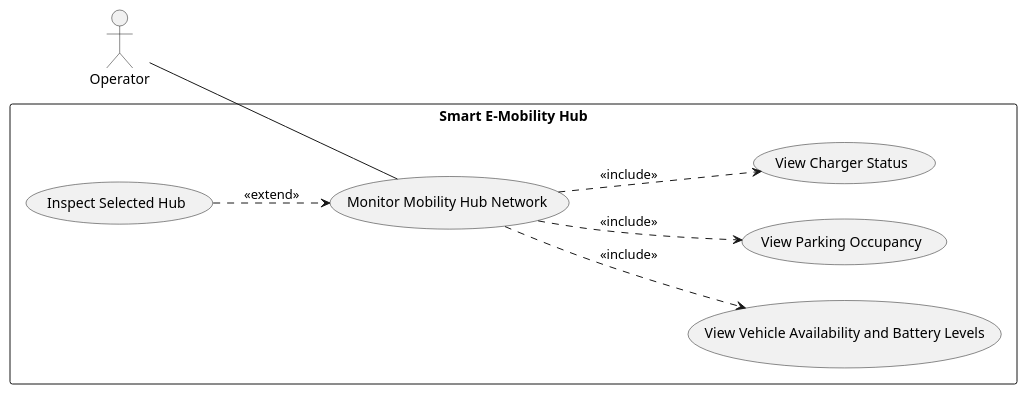
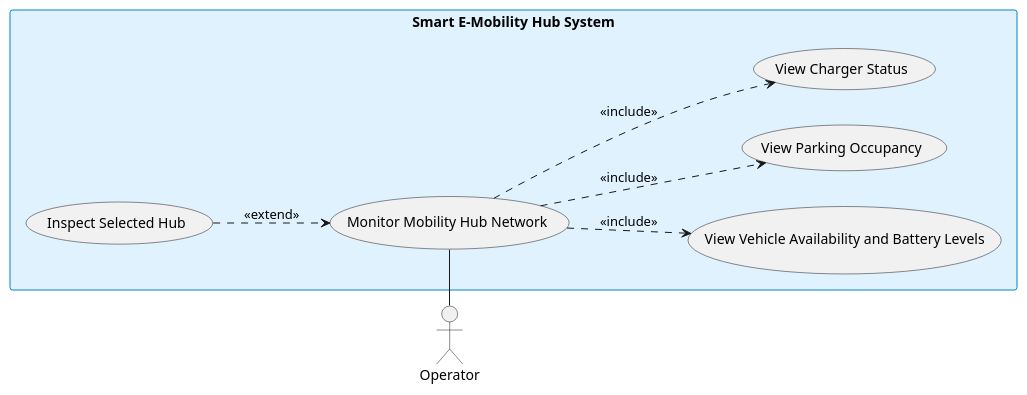
One commit to YdtTran/software-engineerning changed diagram 17 of 30 in 01_Diagram/01_Usecase_Diagram/PLANTUML_ALL.md. Above: the diagram before and after it, drawn with PlantUML. The commit also changed other lines of this file and 217 other files, not shown here.

````diff
--- a/01_Diagram/01_Usecase_Diagram/PLANTUML_ALL.md
+++ b/01_Diagram/01_Usecase_Diagram/PLANTUML_ALL.md
@@ -315,24 +359,21 @@
 ```plantuml
 @startuml
 left to right direction
-skinparam packageStyle rectangle
 skinparam shadowing false
-
-actor "Operator" as Operator
-
-rectangle "Smart E-Mobility Hub" {
-    usecase "Inspect Selected Hub" as UC_Inspect
-    usecase "Monitor Mobility Hub Network" as UC_Monitor
-    usecase "View Vehicle Availability and Battery Levels" as UC_Vehicle
-    usecase "View Parking Occupancy" as UC_Parking
-    usecase "View Charger Status" as UC_Charger
-
-    UC_Inspect ..> UC_Monitor : <<extend>>
-    UC_Monitor ..> UC_Vehicle : <<include>>
-    UC_Monitor ..> UC_Parking : <<include>>
-    UC_Monitor ..> UC_Charger : <<include>>
+skinparam rectangleBackgroundColor #e0f2fe
+skinparam rectangleBorderColor #0284c7
+actor "Operator" as actor_left
+rectangle "Smart E-Mobility Hub System" {
+  usecase "Inspect Selected Hub" as uc_ext
+  usecase "Monitor Mobility Hub Network" as uc_base
+  usecase "View Vehicle Availability and Battery Levels" as uc_inc1
+  usecase "View Parking Occupancy" as uc_inc2
+  usecase "View Charger Status" as uc_inc3
 }
-
-Operator -- UC_Monitor
+actor_left -right- uc_base
+uc_ext ..> uc_base : <<extend>>
+uc_base ..> uc_inc1 : <<include>>
+uc_base ..> uc_inc2 : <<include>>
+uc_base ..> uc_inc3 : <<include>>
 @enduml
 ```
````
